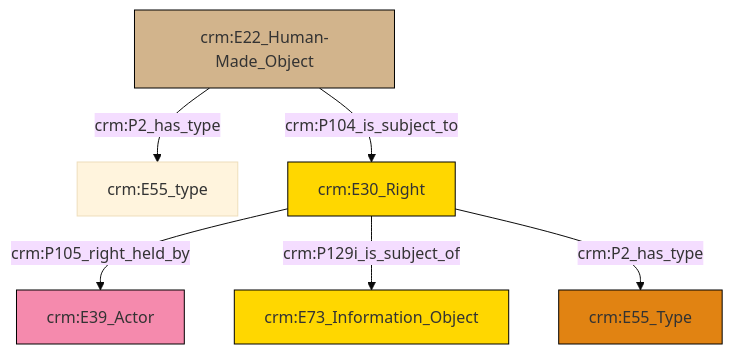
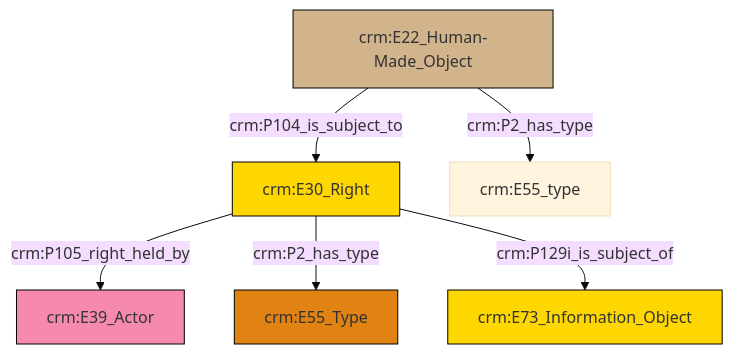
One commit to swiss-art-research-net/docs.swissartresearch changed the diagram in et/builtWorkCSV/ttl/mmd/Built_Work_rights.ttl.mmd. Above: the diagram before and after it, drawn with Mermaid (base theme). The commit also changed 173 other files, not shown here.

```diff
--- a/et/builtWorkCSV/ttl/mmd/Built_Work_rights.ttl.mmd
+++ b/et/builtWorkCSV/ttl/mmd/Built_Work_rights.ttl.mmd
@@ -1,20 +1,20 @@
 graph TD
 classDef Literal fill:#f2f2f2,stroke:#000000;
 classDef CRM_Entity fill:#FFFFFF,stroke:#000000;
 classDef Temporal_Entity fill:#00C9E6, stroke:#000000;
 classDef Type fill:#E18312, stroke:#000000;
 classDef Time-Span fill:#2C9C91, stroke:#000000;
 classDef Appellation fill:#FFEB7F, stroke:#000000;
 classDef Place fill:#008836, stroke:#000000;
 classDef Persistent_Item fill:#B266B2, stroke:#000000;
 classDef Conceptual_Object fill:#FFD700, stroke:#000000;
 classDef Physical_Thing fill:#D2B48C, stroke:#000000;
 classDef Actor fill:#f58aad, stroke:#000000;
 classDef PC_Classes fill:#4ce600, stroke:#000000;
 classDef Multi fill:#cccccc,stroke:#000000;
 
-0["crm:E22_Human-Made_Object"]:::Physical_Thing -->|crm:P2_has_type| 1["crm:E55_type"]:::Default
-0["crm:E22_Human-Made_Object"]:::Physical_Thing -->|crm:P104_is_subject_to| 2["crm:E30_Right"]:::Conceptual_Object
-2["crm:E30_Right"]:::Conceptual_Object -->|crm:P105_right_held_by| 5["crm:E39_Actor"]:::Actor
-2["crm:E30_Right"]:::Conceptual_Object -->|crm:P129i_is_subject_of| 3["crm:E73_Information_Object"]:::Conceptual_Object
-2["crm:E30_Right"]:::Conceptual_Object -->|crm:P2_has_type| 6["crm:E55_Type"]:::Type
+0["crm:E30_Right"]:::Conceptual_Object -->|crm:P105_right_held_by| 1["crm:E39_Actor"]:::Actor
+2["crm:E22_Human-Made_Object"]:::Physical_Thing -->|crm:P104_is_subject_to| 0["crm:E30_Right"]:::Conceptual_Object
+2["crm:E22_Human-Made_Object"]:::Physical_Thing -->|crm:P2_has_type| 6["crm:E55_type"]:::Default
+0["crm:E30_Right"]:::Conceptual_Object -->|crm:P2_has_type| 7["crm:E55_Type"]:::Type
+0["crm:E30_Right"]:::Conceptual_Object -->|crm:P129i_is_subject_of| 8["crm:E73_Information_Object"]:::Conceptual_Object
```
